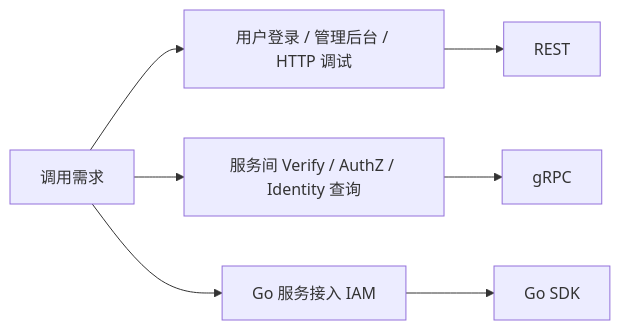
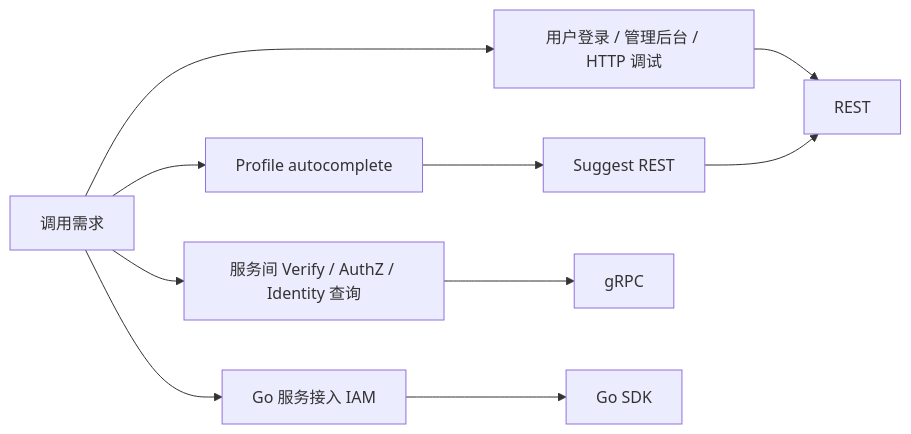
One commit to FangcunMount/iam changed the second of 5 diagrams in docs/07-宣讲/09-REST-gRPC-SDK接入讲法.md. Above: the diagram before and after it, drawn with Mermaid. The commit also changed other lines of this file and 16 other files, not shown here.

````diff
--- a/docs/07-宣讲/09-REST-gRPC-SDK接入讲法.md
+++ b/docs/07-宣讲/09-REST-gRPC-SDK接入讲法.md
@@ -220,15 +233,18 @@
 ```mermaid
 flowchart LR
     Need["调用需求"]
     Login["用户登录 / 管理后台 / HTTP 调试"]
+    SuggestNeed["Profile autocomplete"]
     S2S["服务间 Verify / AuthZ / Identity 查询"]
     GoApp["Go 服务接入 IAM"]
 
     REST["REST"]
+    SuggestREST["Suggest REST"]
     GRPC["gRPC"]
     SDK["Go SDK"]
 
     Need --> Login --> REST
+    Need --> SuggestNeed --> SuggestREST --> REST
     Need --> S2S --> GRPC
     Need --> GoApp --> SDK
 ```
````
